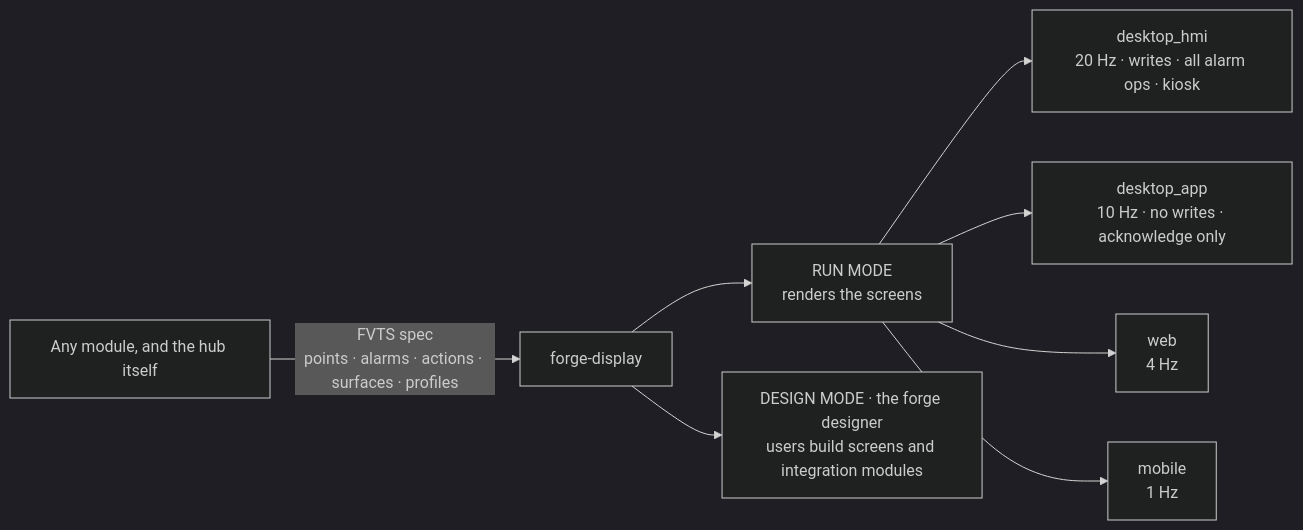
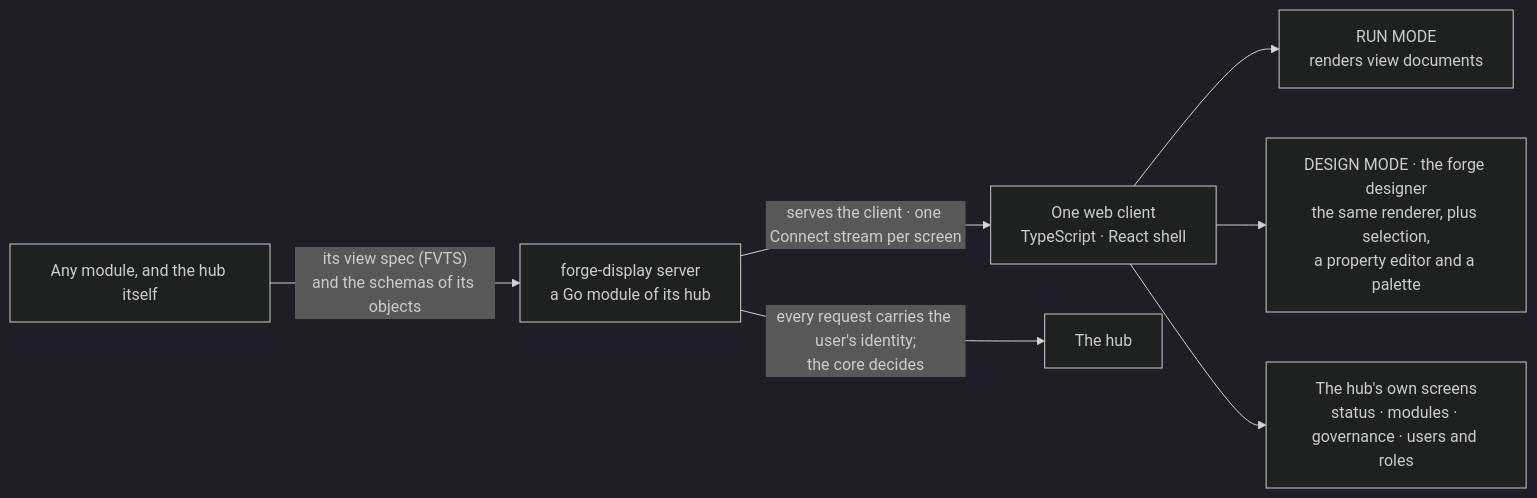
One commit to reh3376/forge changed diagram 15 of 26 in docs/tutorial.md. Above: the diagram before and after it, drawn with Mermaid (dark theme). The commit also changed other lines of this file and 12 other files, not shown here.

First line of the commit message:
docs: the forge-display design is signed and sets the order of building (FB-143, D-16)

````diff
--- a/docs/tutorial.md
+++ b/docs/tutorial.md
@@ -1392,10 +1400,9 @@
 ```mermaid
 flowchart LR
-  M["Any module, and the hub itself"] -- "FVTS spec<br/>points · alarms · actions · surfaces · profiles" --> R["forge-display"]
-  R --> RUN["RUN MODE<br/>renders the screens"]
-  R --> DES["DESIGN MODE · the forge designer<br/>users build screens and integration modules"]
-  RUN --> P1["desktop_hmi<br/>20 Hz · writes · all alarm ops · kiosk"]
-  RUN --> P2["desktop_app<br/>10 Hz · no writes · acknowledge only"]
-  RUN --> P3["web<br/>4 Hz"]
-  RUN --> P4["mobile<br/>1 Hz"]
+  M["Any module, and the hub itself"] -- "its view spec (FVTS)<br/>and the schemas of its objects" --> S["forge-display server<br/>a Go module of its hub"]
+  S -- "serves the client · one Connect stream per screen" --> C["One web client<br/>TypeScript · React shell"]
+  C --> RUN["RUN MODE<br/>renders view documents"]
+  C --> DES["DESIGN MODE · the forge designer<br/>the same renderer, plus selection,<br/>a property editor and a palette"]
+  C --> ADM["The hub's own screens<br/>status · modules · governance · users and roles"]
+  S -- "every request carries the user's identity;<br/>the core decides" --> H["The hub"]
 ```
````
